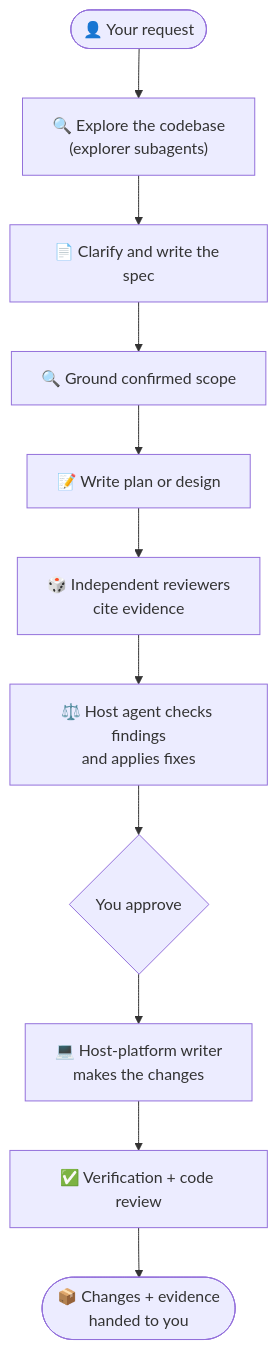
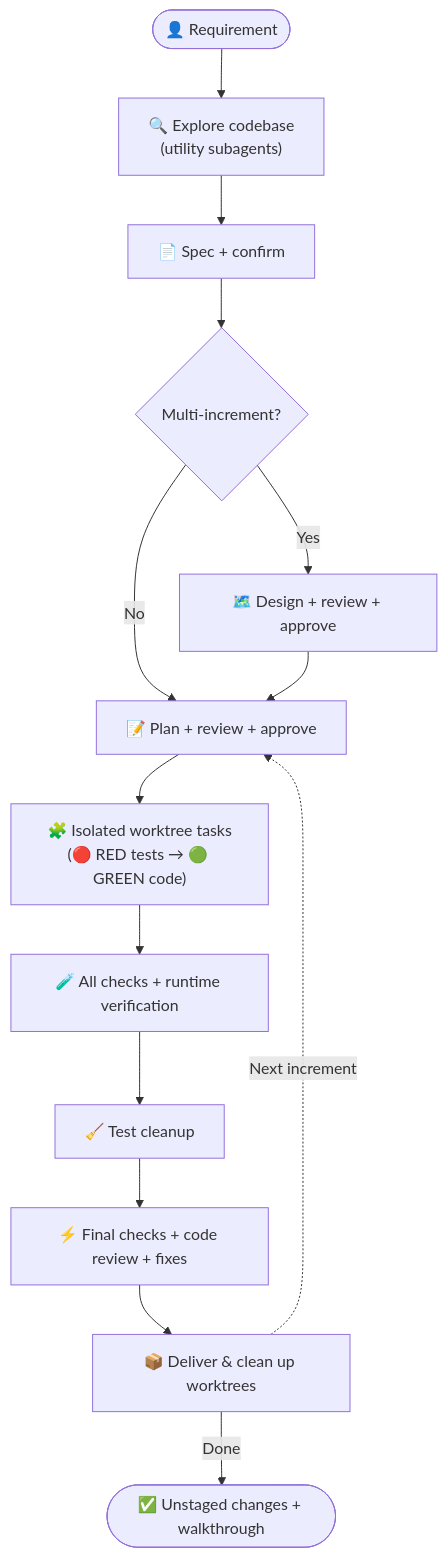
One commit to Gyunikuchan/dispatch-skills changed the diagram in skills/dispatch/README.md. Above: the diagram before and after it, drawn with Mermaid. The commit also changed other lines of this file and 10 other files, not shown here.

Commit message:
docs(dispatch): streamline user guides, diagrams, and sample config

````diff
--- a/skills/dispatch/README.md
+++ b/skills/dispatch/README.md
@@ -31,13 +83,16 @@
 ```mermaid
 flowchart TD
-    User(["👤 Your request"]) --> Ground["🔍 Explore the codebase<br/>(explorer subagents)"]
-    Ground --> Spec["📄 Clarify and write the spec"]
-    Spec --> ScopeGround["🔍 Ground confirmed scope"]
-    ScopeGround --> Artifact["📝 Write plan or design"]
-    Artifact --> Review["🎲 Independent reviewers<br/>cite evidence"]
-    Review --> Adjudicate["⚖️ Host agent checks findings<br/>and applies fixes"]
-    Adjudicate --> Approve{"You approve"}
-    Approve --> Writer["💻 Host-platform writer<br/>makes the changes"]
-    Writer --> Checks["✅ Verification + code review"]
-    Checks --> Handoff(["📦 Changes + evidence<br/>handed to you"])
+    User(["👤 Requirement"]) --> Ground["🔍 Explore codebase<br/>(utility subagents)"]
+    Ground --> Spec["📄 Spec + confirm"]
+    Spec --> ScopeCheck{"Multi-increment?"}
+    ScopeCheck -->|Yes| Design["🗺️ Design + review + approve"]
+    ScopeCheck -->|No| Plan
+    Design --> Plan["📝 Plan + review + approve"]
+    Plan --> Tasks["🧩 Isolated worktree tasks<br/>(🔴 RED tests → 🟢 GREEN code)"]
+    Tasks --> Verify["🧪 All checks + runtime verification"]
+    Verify --> Cleanup["🧹 Test cleanup"]
+    Cleanup --> Review["⚡ Final checks + code review + fixes"]
+    Review --> Deliver["📦 Deliver & clean up worktrees"]
+    Deliver -.->|Next increment| Plan
+    Deliver -->|Done| Handoff(["✅ Unstaged changes + walkthrough"])
 ```
````
